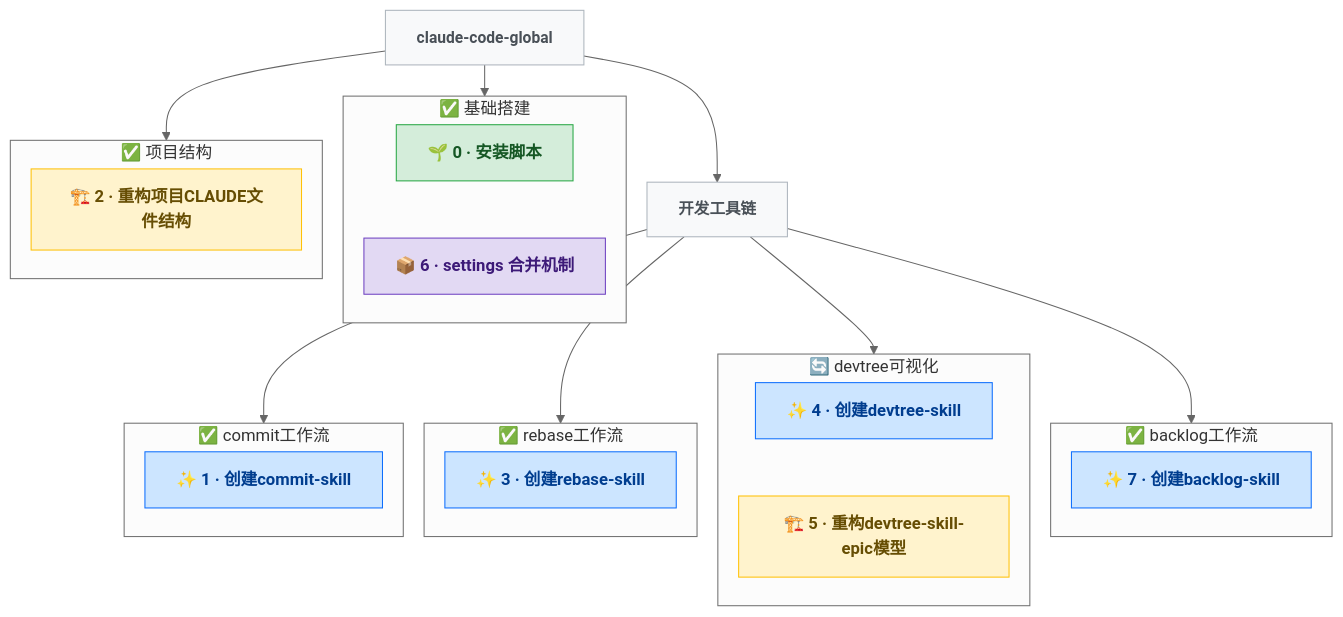
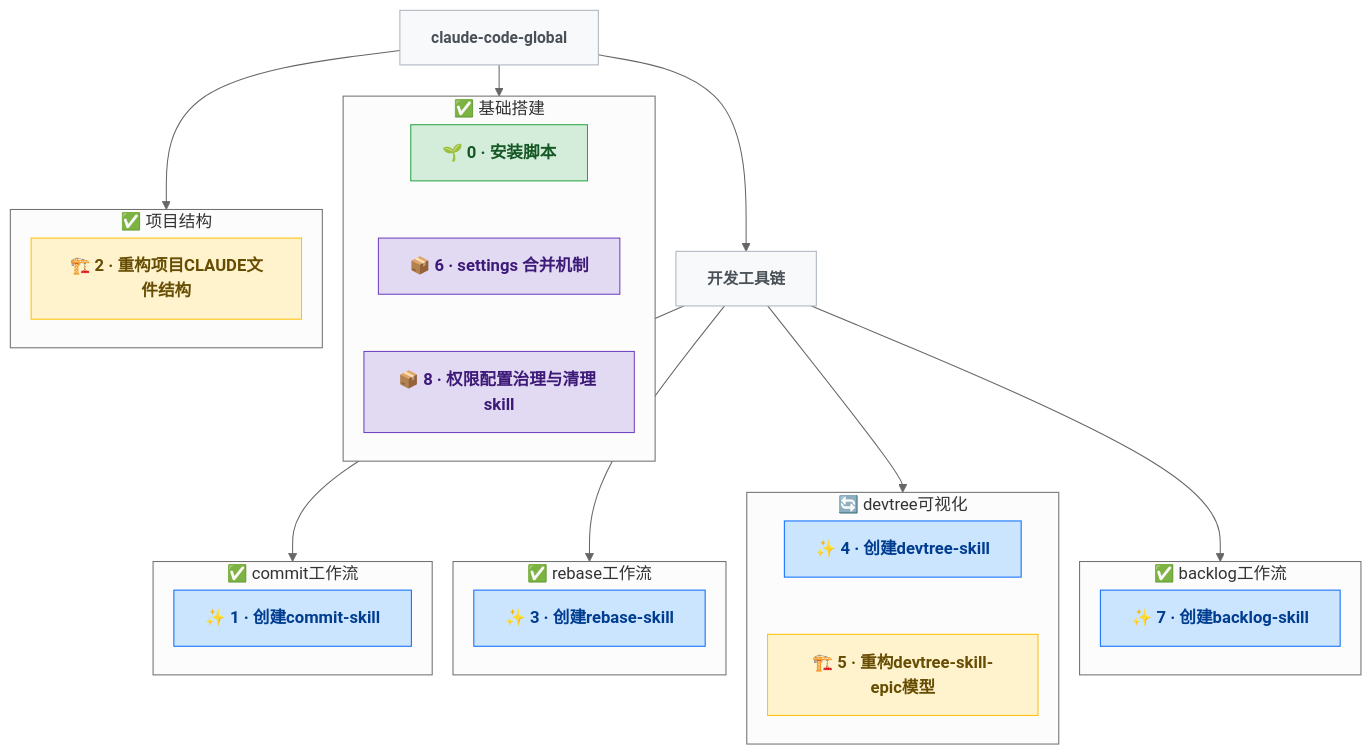
Before and after one commit to pkulijing/claude-code-global: the diagram in docs/DEVTREE.md, drawn with Mermaid (neutral theme). The commit also changed other lines of this file and 7 other files, not shown here.

````diff
--- a/docs/DEVTREE.md
+++ b/docs/DEVTREE.md
@@ -18,54 +18,55 @@
 ```mermaid
 %%{init: {'flowchart': {'rankSpacing': 30, 'nodeSpacing': 20}}}%%
 graph TD
   classDef genesis  fill:#d4edda,stroke:#28a745,color:#155724,font-weight:bold
   classDef feature  fill:#cce5ff,stroke:#0d6efd,color:#003d8f,font-weight:bold
   classDef bugfix   fill:#f8d7da,stroke:#dc3545,color:#721c24,font-weight:bold
   classDef refactor fill:#fff3cd,stroke:#ffc107,color:#664d03,font-weight:bold
   classDef infra    fill:#e2d9f3,stroke:#6f42c1,color:#3d1a78,font-weight:bold
   classDef research fill:#e2e3e5,stroke:#6c757d,color:#383d41,font-weight:bold
   classDef epic     fill:#f8f9fa,stroke:#adb5bd,color:#495057,font-weight:bold,font-size:15px
 
   ROOT["claude-code-global"]:::epic
   ROOT --> e_base
   ROOT --> e_struct
   ROOT --> toolchain["开发工具链"]:::epic
   toolchain --> e_commit
   toolchain --> e_rebase
   toolchain --> e_devtree
   toolchain --> e_backlog
 
   subgraph e_base["✅ 基础搭建"]
     direction TB
     N0["🌱 0 · 安装脚本"]:::genesis
     N6["📦 6 · settings 合并机制"]:::infra
-    N0 ~~~ N6
+    N8["📦 8 · 权限配置治理与清理 skill"]:::infra
+    N0 ~~~ N6 ~~~ N8
   end
 
   subgraph e_struct["✅ 项目结构"]
     direction TB
     N2["🏗️ 2 · 重构项目CLAUDE文件结构"]:::refactor
   end
 
   subgraph e_commit["✅ commit工作流"]
     direction TB
     N1["✨ 1 · 创建commit-skill"]:::feature
   end
 
   subgraph e_rebase["✅ rebase工作流"]
     direction TB
     N3["✨ 3 · 创建rebase-skill"]:::feature
   end
 
   subgraph e_devtree["🔄 devtree可视化"]
     direction TB
     N4["✨ 4 · 创建devtree-skill"]:::feature
     N5["🏗️ 5 · 重构devtree-skill-epic模型"]:::refactor
     N4 ~~~ N5
   end
 
   subgraph e_backlog["✅ backlog工作流"]
     direction TB
     N7["✨ 7 · 创建backlog-skill"]:::feature
   end
 ```
````
